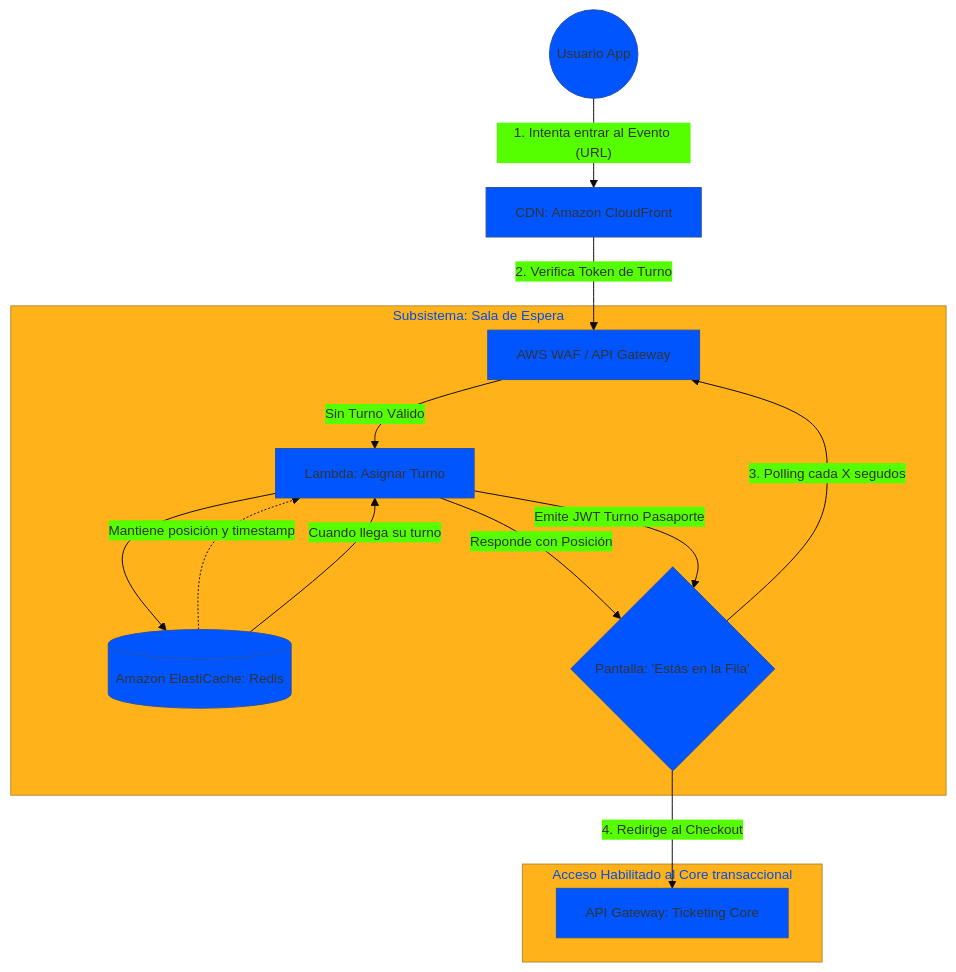
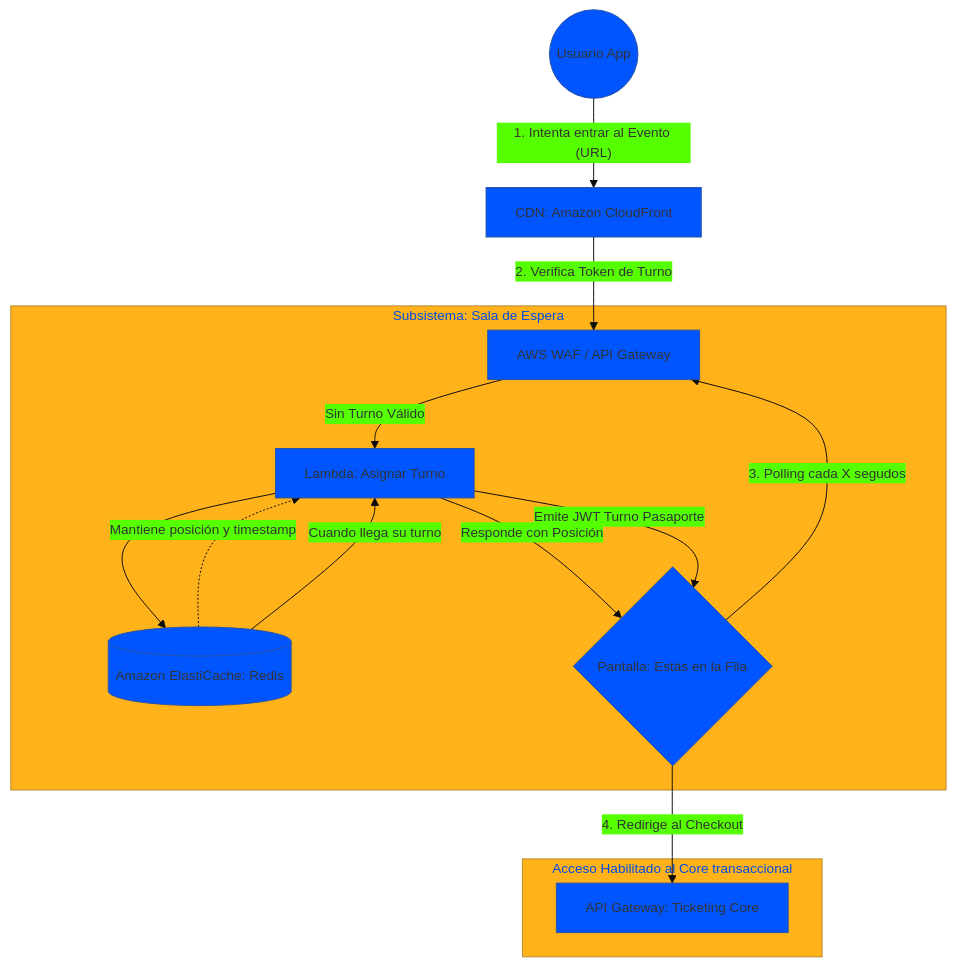
One commit to moreirajonatan1983/demo-ticketing-docs changed the diagram in diagrams/04_WAITING_ROOM.md. Above: the diagram before and after it, drawn with Mermaid. The commit also changed 1 other file, not shown here.

Commit message:
docs: fix markdown syntax parsing errors in mermaid diagrams

````diff
--- a/diagrams/04_WAITING_ROOM.md
+++ b/diagrams/04_WAITING_ROOM.md
@@ -11,24 +11,24 @@
 ```mermaid
 %%{init: {'theme': 'base', 'themeVariables': { 'primaryColor': '#0055ff', 'textColor': '#000', 'fontSize': '14px'}}}%%
 flowchart TD
     %% Nodos Iniciales
     User((Usuario App)) --> |"1. Intenta entrar al Evento (URL)"| CloudFront[CDN: Amazon CloudFront]
     
     %% Intercepción en el Borde / WAF
     CloudFront --> |"2. Verifica Token de Turno"| WAF[AWS WAF / API Gateway]
     
     subgraph WaitingRoomVirtual [Subsistema: Sala de Espera]
-        WAF -- "Sin Turno Válido" --> L_Queue[Lambda: Asignar Turno]
-        L_Queue --> Redis[(Amazon ElastiCache: Redis)]
+        WAF -- "Sin Turno Válido" --> L_Queue["Lambda: Asignar Turno"]
+        L_Queue --> Redis[("Amazon ElastiCache: Redis")]
         Redis -.-> |"Mantiene posición y timestamp"| L_Queue
-        L_Queue -- "Responde con Posición" --> UI_Espera{Pantalla: 'Estás en la Fila'}
+        L_Queue -- "Responde con Posición" --> UI_Espera{"Pantalla: Estás en la Fila"}
         
         UI_Espera --> |"3. Polling cada X segudos"| WAF
     end
     
     subgraph CoreAccess [Acceso Habilitado al Core transaccional]
         Redis -- "Cuando llega su turno" --> L_Queue
         L_Queue -- "Emite JWT Turno Pasaporte" --> UI_Espera
-        UI_Espera --> |"4. Redirige al Checkout"| APIGW_Core[API Gateway: Ticketing Core]
+        UI_Espera --> |"4. Redirige al Checkout"| APIGW_Core["API Gateway: Ticketing Core"]
     end
 ```
````
